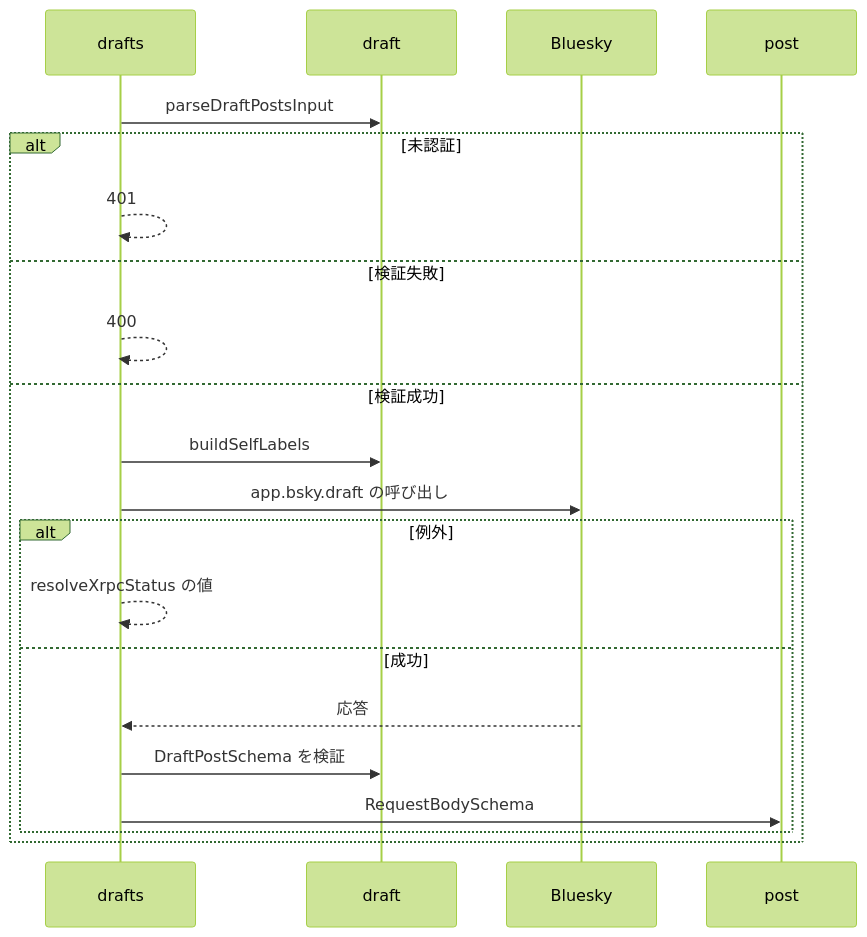
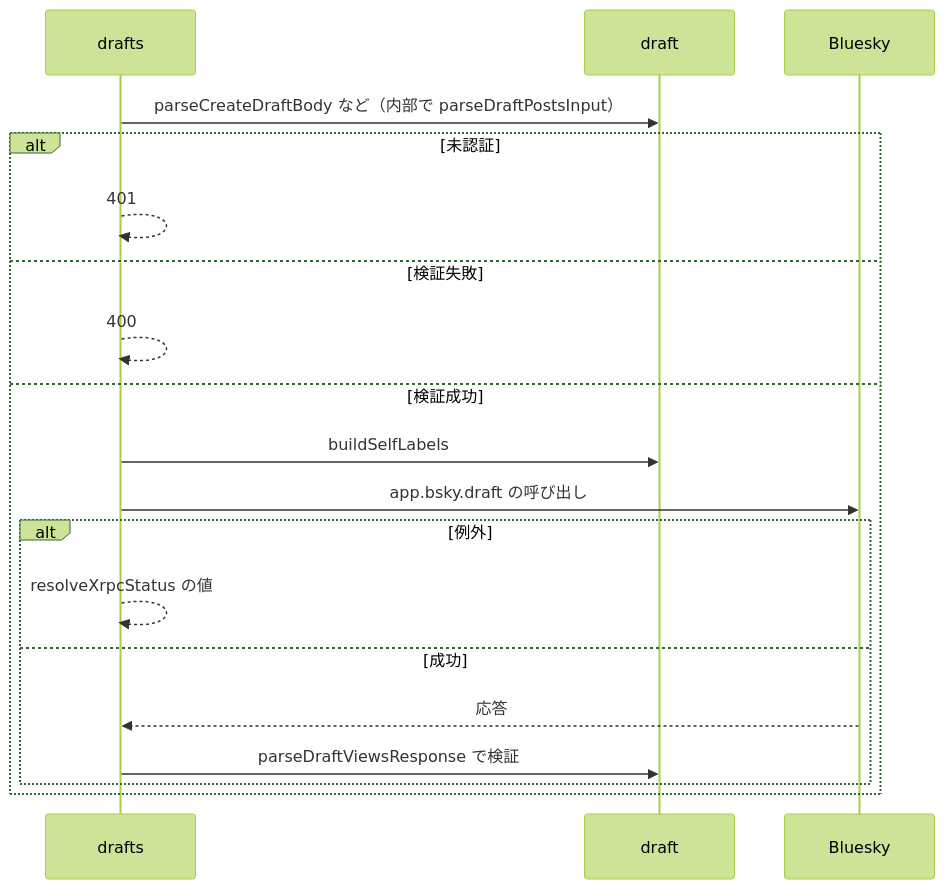
Before and after one commit to nekono-dev/skyshare: the second of 2 diagrams in .kiro/specs/draft-api/design.md, drawn with Mermaid (forest theme). The commit also changed other lines of this file and 57 other files, not shown here.

````diff
--- a/.kiro/specs/draft-api/design.md
+++ b/.kiro/specs/draft-api/design.md
@@ -75,22 +74,21 @@
 ```mermaid
 sequenceDiagram
   participant drafts
   participant draft
   participant ext_bsky as Bluesky
-  drafts->>draft: parseDraftPostsInput
+  drafts->>draft: parseCreateDraftBody など（内部で parseDraftPostsInput）
   alt 未認証
     drafts-->>drafts: 401
   else 検証失敗
     drafts-->>drafts: 400
   else 検証成功
     drafts->>draft: buildSelfLabels
     drafts->>ext_bsky: app.bsky.draft の呼び出し
     alt 例外
       drafts-->>drafts: resolveXrpcStatus の値
     else 成功
       ext_bsky-->>drafts: 応答
-      drafts->>draft: DraftPostSchema を検証
-      drafts->>post: RequestBodySchema
+      drafts->>draft: parseDraftViewsResponse で検証
     end
   end
 ```
````
